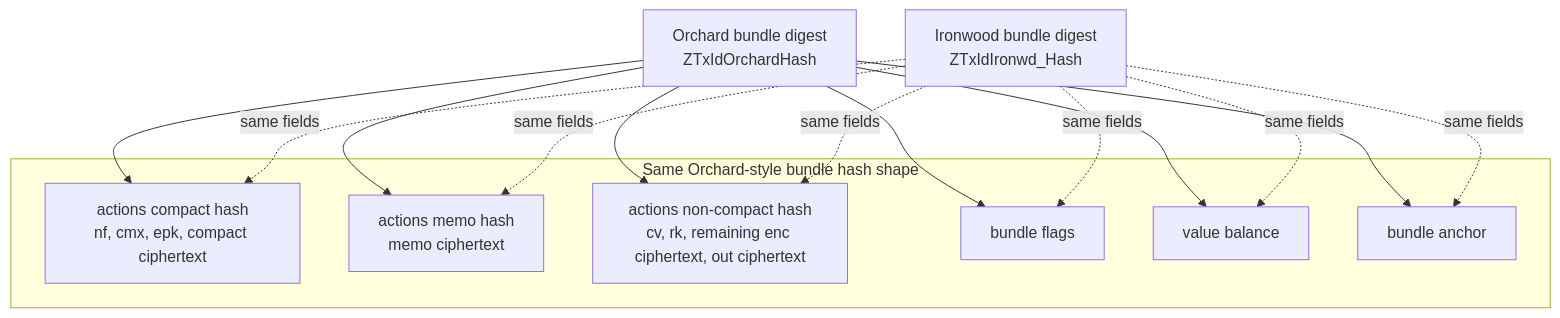
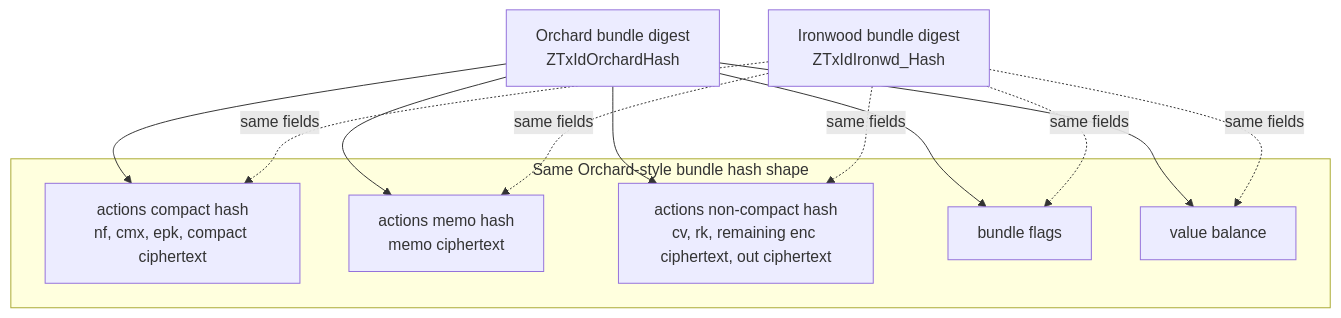
One commit to TalDerei/ironwood changed the second of 2 diagrams in book/src/design/transaction-format.md. Above: the diagram before and after it, drawn with Mermaid. The commit also changed other lines of this file and 1 other file, not shown here.

Commit message:
book: transaction format parity (anchor removed from sighash and treated as auth data)

````diff
--- a/book/src/design/transaction-format.md
+++ b/book/src/design/transaction-format.md
@@ -29,28 +29,25 @@
 ```mermaid
 flowchart TD
     OrchardBundle["Orchard bundle digest<br/>ZTxIdOrchardHash"]
     IronwoodBundle["Ironwood bundle digest<br/>ZTxIdIronwd_Hash"]
 
     subgraph Shape["Same Orchard-style bundle hash shape"]
         Compact["actions compact hash<br/>nf, cmx, epk, compact ciphertext"]
         Memos["actions memo hash<br/>memo ciphertext"]
         NonCompact["actions non-compact hash<br/>cv, rk, remaining enc ciphertext, out ciphertext"]
         Flags["bundle flags"]
         Value["value balance"]
-        Anchor["bundle anchor"]
     end
 
     OrchardBundle --> Compact
     OrchardBundle --> Memos
     OrchardBundle --> NonCompact
     OrchardBundle --> Flags
     OrchardBundle --> Value
-    OrchardBundle --> Anchor
 
     IronwoodBundle -. same fields .-> Compact
     IronwoodBundle -. same fields .-> Memos
     IronwoodBundle -. same fields .-> NonCompact
     IronwoodBundle -. same fields .-> Flags
     IronwoodBundle -. same fields .-> Value
-    IronwoodBundle -. same fields .-> Anchor
 ```
````
